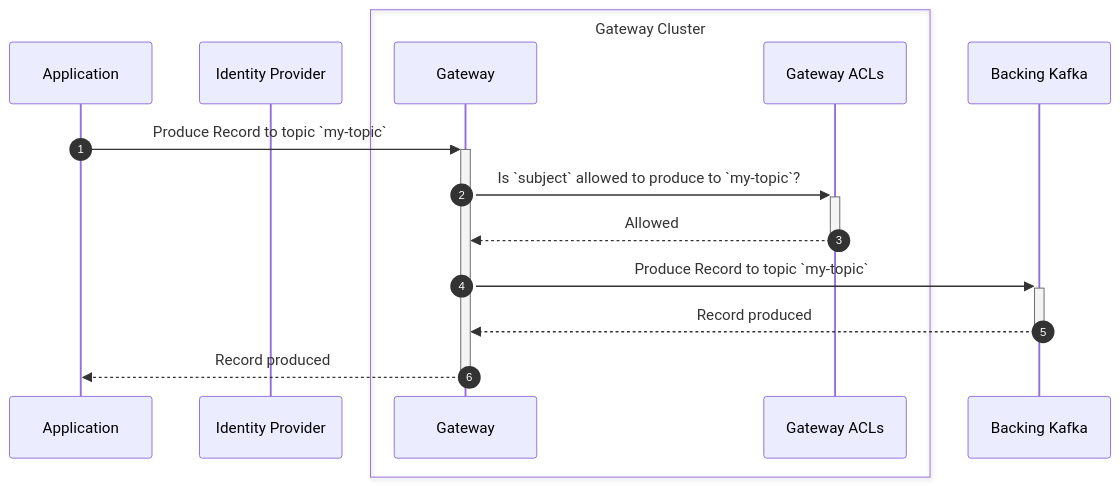
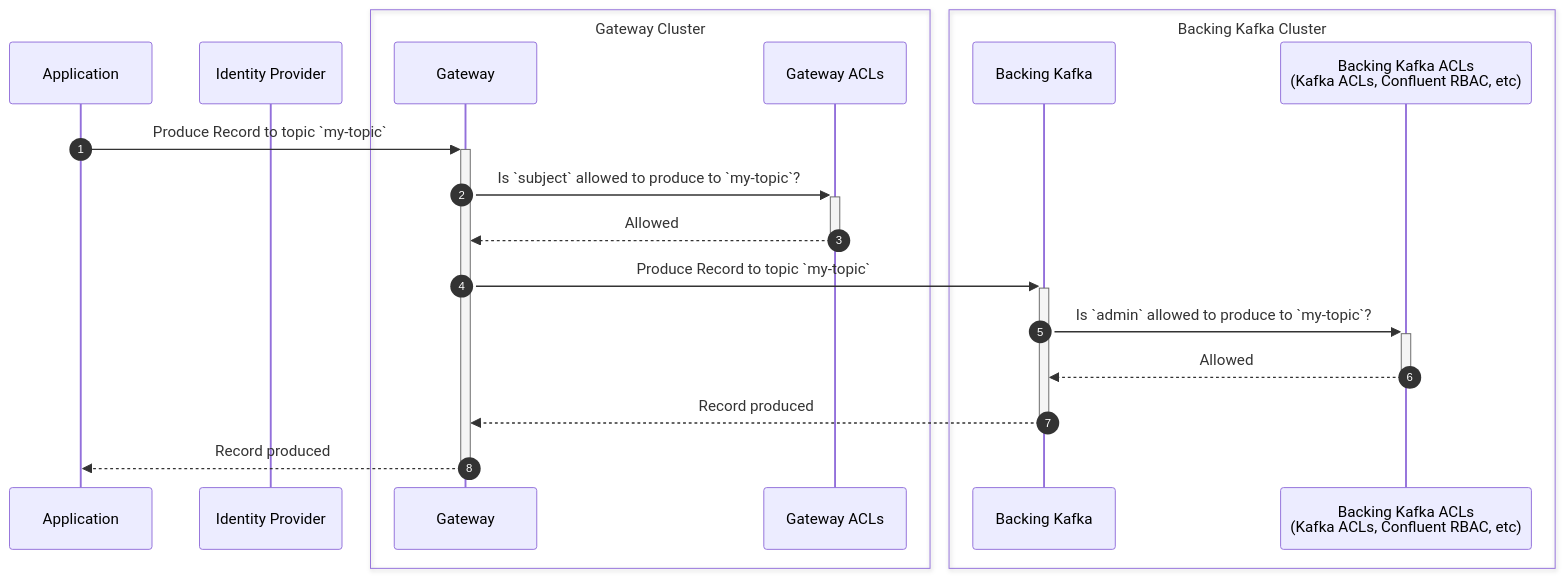
One commit to conduktor/conduktor-docs changed the fourth of 8 diagrams in docs/gateway/configuration/index.md. Above: the diagram before and after it, drawn with Mermaid. The commit also changed other lines of this file, not shown here.

Commit message:
Option: with Backing Kafka ACLs

````diff
--- a/docs/gateway/configuration/index.md
+++ b/docs/gateway/configuration/index.md
@@ -94,17 +99,22 @@
 ```mermaid
 sequenceDiagram
 	autonumber
 	participant A as Application 
 	participant I as Identity Provider
 	box Gateway Cluster
     participant GW as Gateway
     participant GW2 as Gateway ACLs
     end
-    participant K as Backing Kafka
+    box Backing Kafka Cluster
+    participant K as Backing Kafka 
+    participant K2 as Backing Kafka ACLs<br/>(Kafka ACLs, Confluent RBAC, etc)
+    end
     A->>+GW: Produce Record to topic `my-topic`
     GW->>+GW2: Is `subject` allowed to produce to `my-topic`?
     GW2-->>-GW: Allowed
     GW->>+K: Produce Record to topic `my-topic`
+    K->>+K2: Is `admin` allowed to produce to `my-topic`?
+    K2-->>-K: Allowed
     K-->>-GW: Record produced
     GW-->>-A: Record produced
 ```
````
